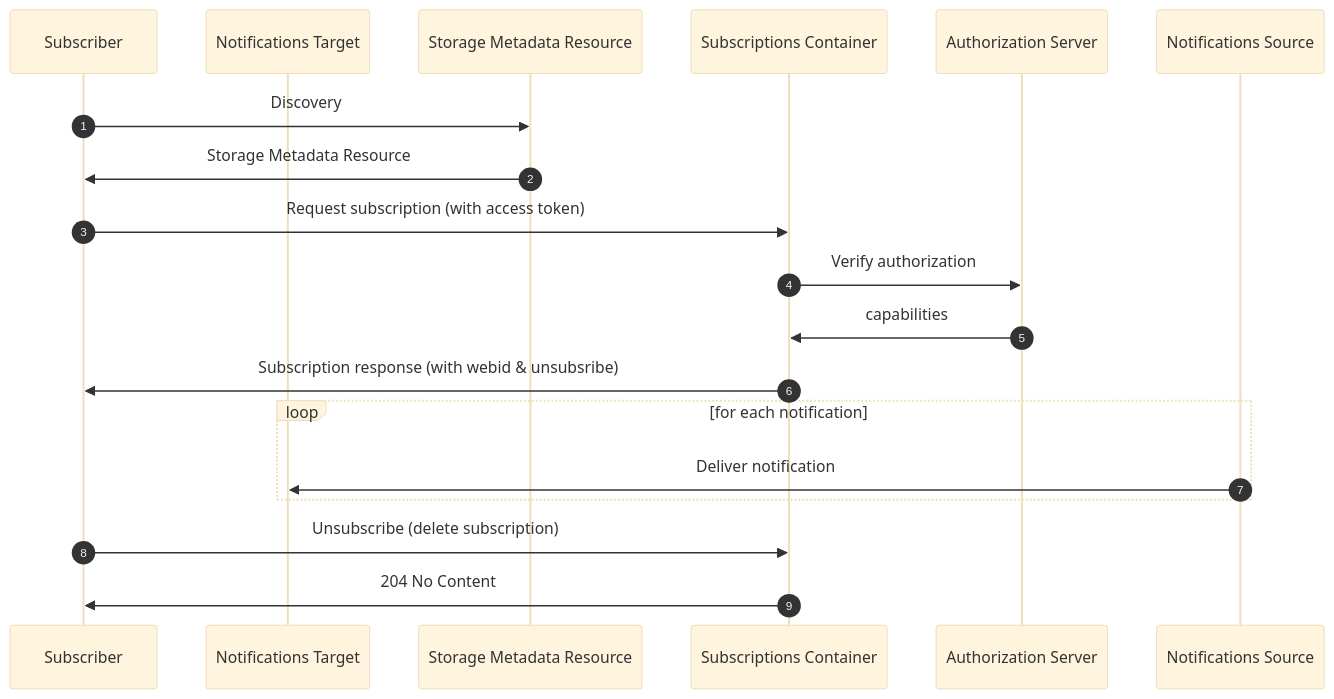
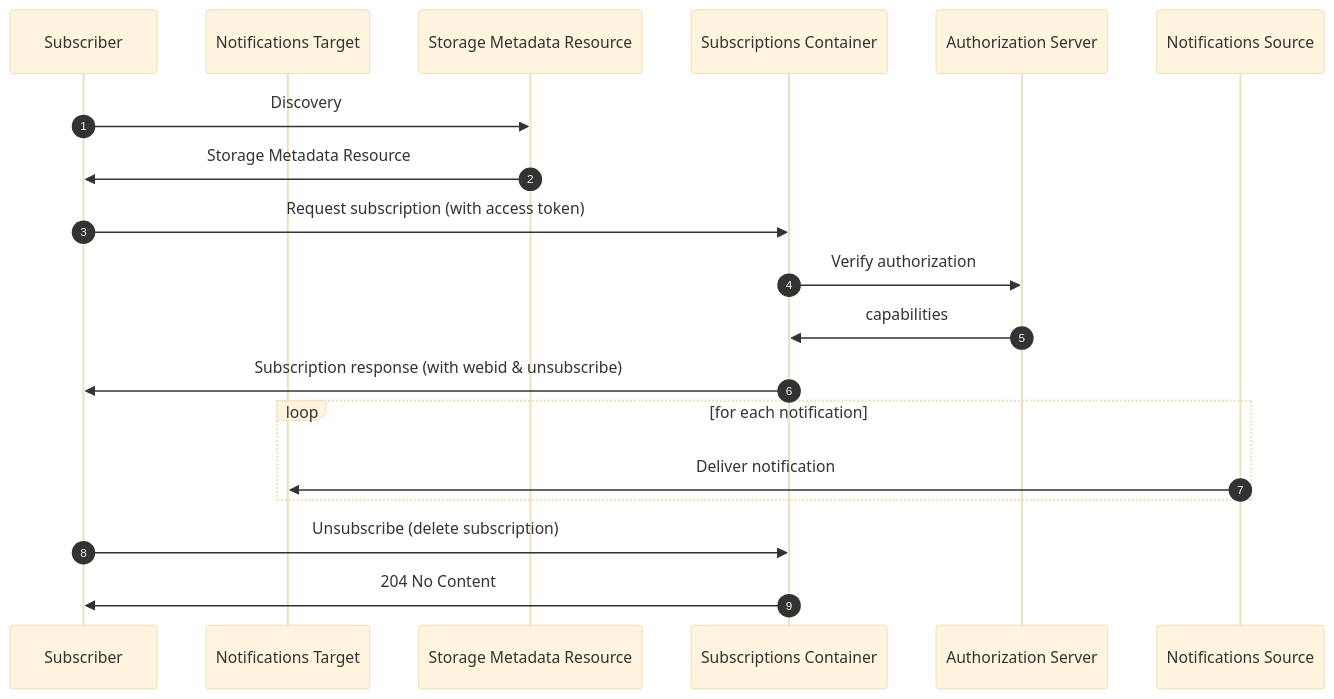
One commit to solid/notifications changed the diagram in notifications-flow-target.mmd. Above: the diagram before and after it, drawn with Mermaid (base theme).

Commit message:
Typo unsubsribe

```diff
--- a/notifications-flow-target.mmd
+++ b/notifications-flow-target.mmd
@@ -1,20 +1,20 @@
 sequenceDiagram
   autonumber
   participant Subscriber
   participant Notifications Target
   participant Storage Metadata Resource
   participant Subscriptions Container
   participant Authorization Server
   participant Notifications Source
 
   Subscriber ->> Storage Metadata Resource: Discovery
   Storage Metadata Resource ->> Subscriber: Storage Metadata Resource
   Subscriber ->> Subscriptions Container: Request subscription (with access token)
   Subscriptions Container ->> Authorization Server: Verify authorization
   Authorization Server ->> Subscriptions Container: capabilities
-  Subscriptions Container ->> Subscriber: Subscription response (with webid & unsubsribe)
+  Subscriptions Container ->> Subscriber: Subscription response (with webid & unsubscribe)
   loop for each notification
     Notifications Source ->> Notifications Target: Deliver notification
   end
   Subscriber ->> Subscriptions Container: Unsubscribe (delete subscription)
   Subscriptions Container ->> Subscriber: 204 No Content
```
